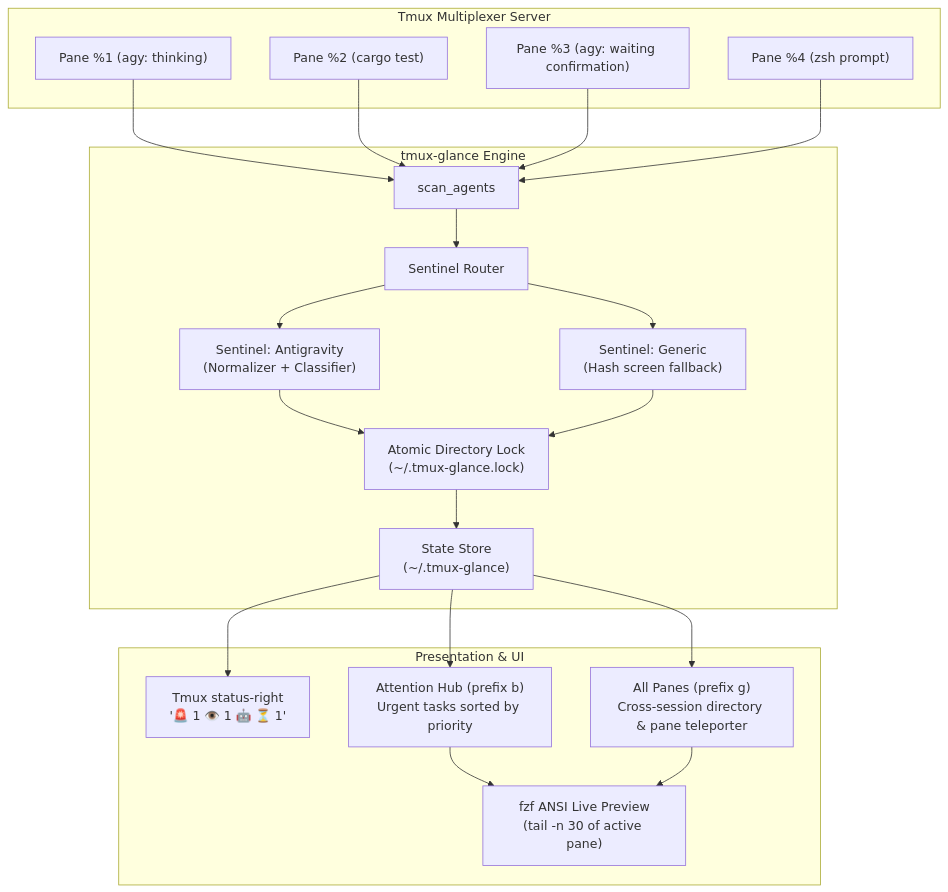
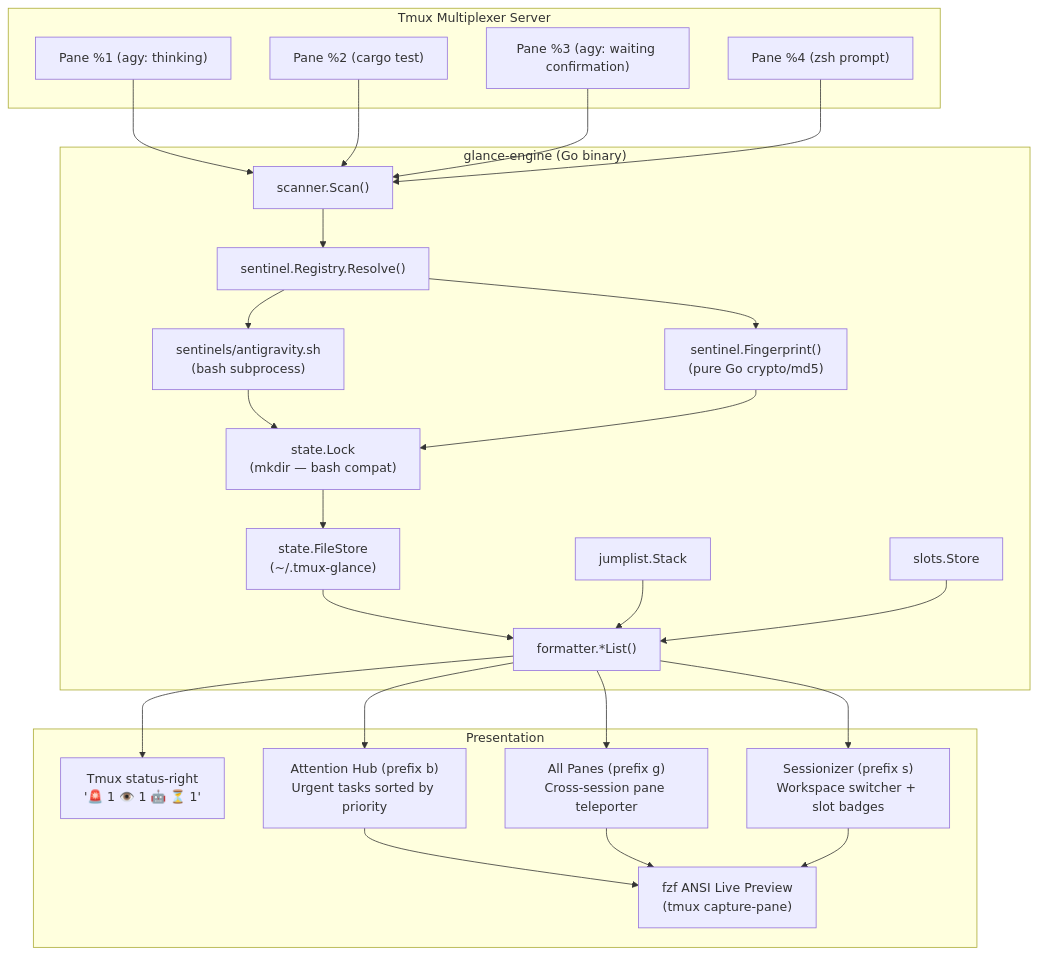
One commit to mhutchinson/tmux-glance changed the diagram in DESIGN.md. Above: the diagram before and after it, drawn with Mermaid. The commit also changed other lines of this file and 23 other files, not shown here.

````diff
--- a/DESIGN.md
+++ b/DESIGN.md
@@ -37,36 +73,44 @@
 ```mermaid
 flowchart TD
     subgraph Tmux Multiplexer Server
         P1["Pane %1 (agy: thinking)"]
         P2["Pane %2 (cargo test)"]
         P3["Pane %3 (agy: waiting confirmation)"]
         P4["Pane %4 (zsh prompt)"]
     end
 
-    subgraph tmux-glance Engine
-        Scan["scan_agents"]
-        Router["Sentinel Router"]
-        S_AGY["Sentinel: Antigravity\n(Normalizer + Classifier)"]
-        S_GEN["Sentinel: Generic\n(Hash screen fallback)"]
-        Lock["Atomic Directory Lock\n(~/.tmux-glance.lock)"]
-        State["State Store\n(~/.tmux-glance)"]
+    subgraph glance-engine ["glance-engine (Go binary)"]
+        Scan["scanner.Scan()"]
+        Router["sentinel.Registry.Resolve()"]
+        S_AGY["sentinels/antigravity.sh\n(bash subprocess)"]
+        S_GEN["sentinel.Fingerprint()\n(pure Go crypto/md5)"]
+        Lock["state.Lock\n(mkdir — bash compat)"]
+        State["state.FileStore\n(~/.tmux-glance)"]
+        JL["jumplist.Stack"]
+        Slots["slots.Store"]
+        Fmt["formatter.*List()"]
     end
 
-    subgraph Presentation & UI
+    subgraph Presentation
         Status["Tmux status-right\n'🚨 1  👁️ 1  🤖 ⏳ 1'"]
         Hub["Attention Hub (prefix b)\nUrgent tasks sorted by priority"]
-        Fleet["All Panes (prefix g)\nCross-session directory & pane teleporter"]
-        Preview["fzf ANSI Live Preview\n(tail -n 30 of active pane)"]
+        Fleet["All Panes (prefix g)\nCross-session pane teleporter"]
+        Sessions["Sessionizer (prefix s)\nWorkspace switcher + slot badges"]
+        Preview["fzf ANSI Live Preview\n(tmux capture-pane)"]
     end
 
     P1 & P2 & P3 & P4 --> Scan
     Scan --> Router
     Router --> S_AGY
     Router --> S_GEN
     S_AGY & S_GEN --> Lock
     Lock --> State
-    State --> Status
-    State --> Hub
-    State --> Fleet
-    Hub & Fleet --> Preview
+    State --> Fmt
+    Fmt --> Status
+    Fmt --> Hub
+    Fmt --> Fleet
+    Fmt --> Sessions
+    JL --> Fmt
+    Slots --> Fmt
+    Hub & Fleet & Sessions --> Preview
 ```
````
